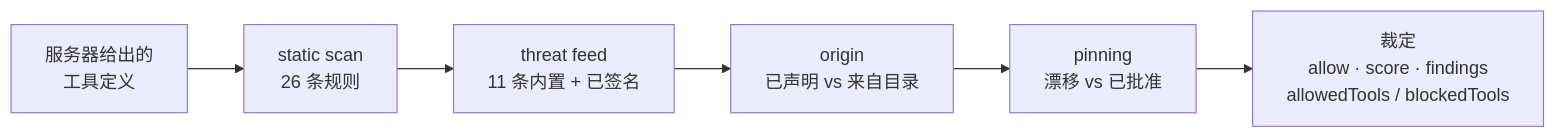
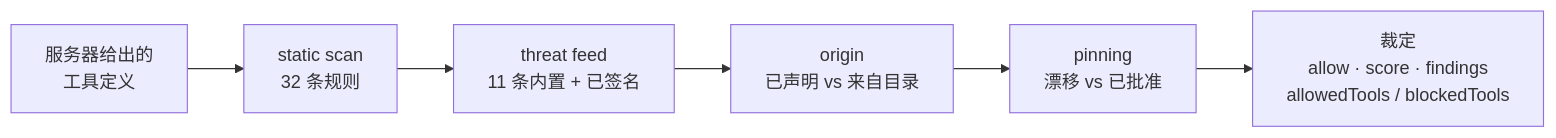
The diagram in README-zh.md (alexar76/warden), drawn with Mermaid before and after one commit. The commit also changed other lines of this file and 68 other files, not shown here.

````diff
--- a/README-zh.md
+++ b/README-zh.md
@@ -183,8 +191,8 @@
 ```mermaid
 flowchart LR
-  T["服务器给出的<br/>工具定义"] --> S["static scan<br/>26 条规则"]
+  T["服务器给出的<br/>工具定义"] --> S["static scan<br/>32 条规则"]
   S --> F["threat feed<br/>11 条内置 + 已签名"]
   F --> O["origin<br/>已声明 vs 来自目录"]
   O --> P["pinning<br/>漂移 vs 已批准"]
   P --> V["裁定<br/>allow · score · findings<br/>allowedTools / blockedTools"]
 ```
````
